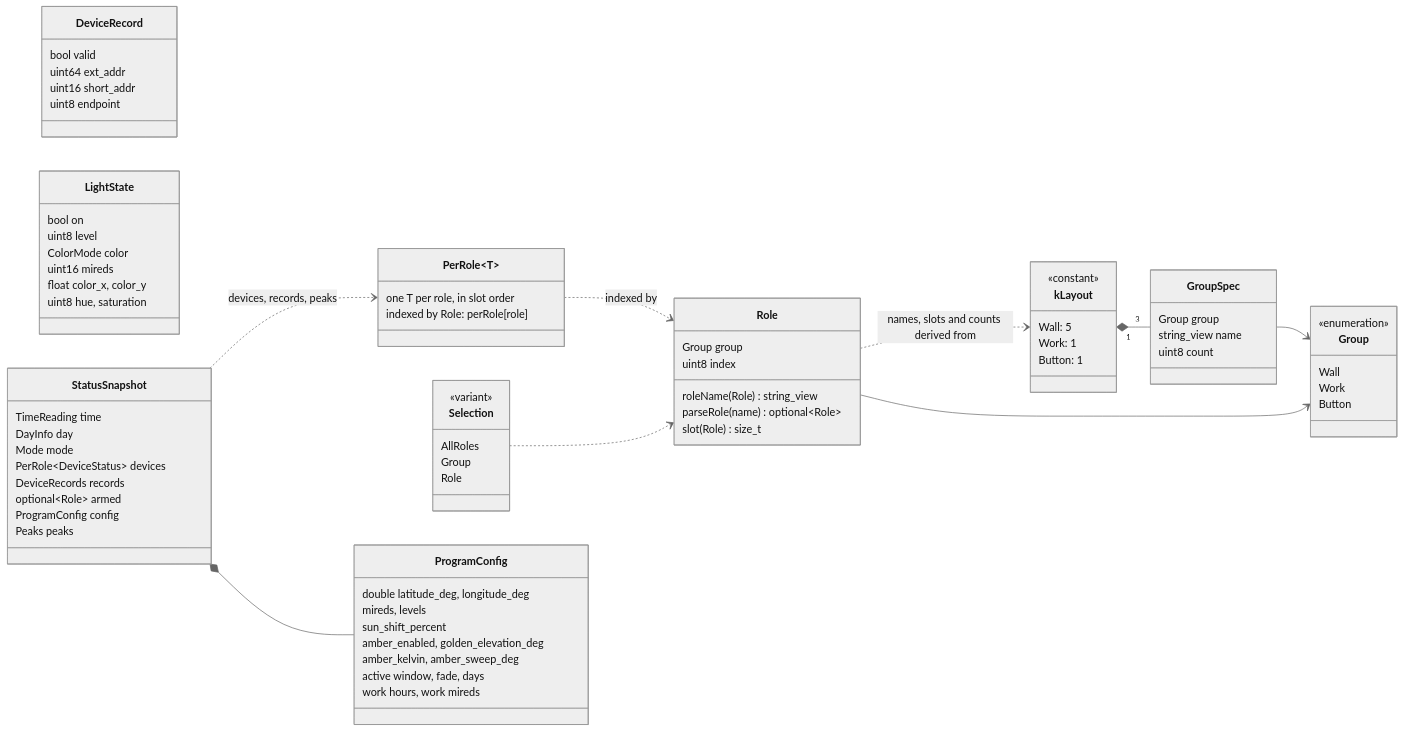
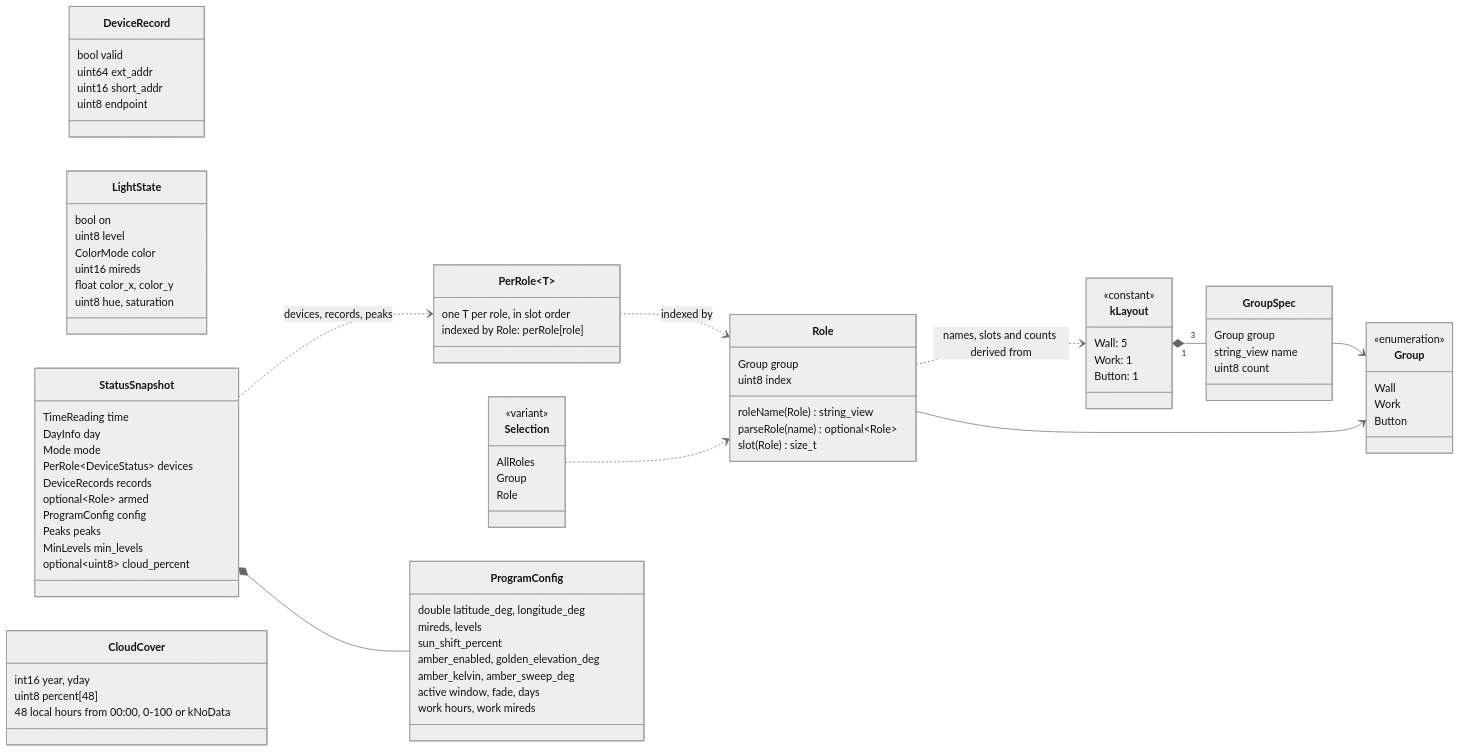
The second of 10 diagrams in ARCHITECTURE.md (bjerre/sunsim), drawn with Mermaid (neutral theme) before and after one commit. The commit also changed other lines of this file and 22 other files, not shown here.

```diff
--- a/ARCHITECTURE.md
+++ b/ARCHITECTURE.md
@@ -145,6 +145,13 @@
         optional~Role~ armed
         ProgramConfig config
         Peaks peaks
+        MinLevels min_levels
+        optional~uint8~ cloud_percent
+    }
+    class CloudCover {
+        int16 year, yday
+        uint8 percent[48]
+        48 local hours from 00:00, 0-100 or kNoData
     }
 
     kLayout "1" *-- "3" GroupSpec
```
